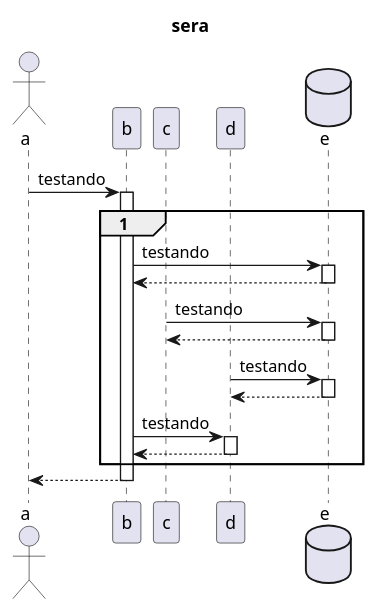
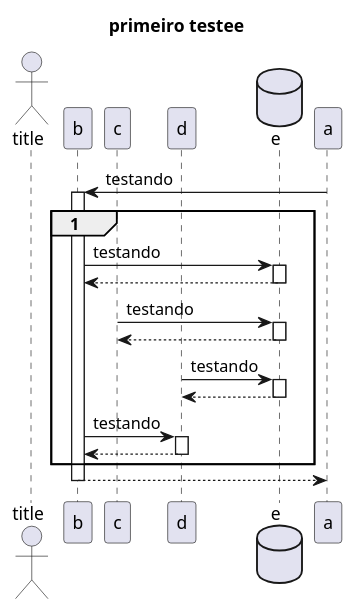
One commit to lipefebn/spotify-crud changed the diagram in docs/diagram/other.puml. Above: the diagram before and after it, drawn with PlantUML.

```diff
--- a/docs/diagram/other.puml
+++ b/docs/diagram/other.puml
@@ -1,25 +1,24 @@
 @startuml
 
 title primeiro testee
-title sera
 
-actor a
+actor title
 participant b
 participant c
 participant d
 database    e
 
 a -> b ++ : testando
 group 1
     b -> e ++ : testando
     return
     c -> e ++ : testando
     return
     d -> e ++ : testando
     return
     b -> d ++ : testando
     return
 end
 return
 
 @enduml
```
